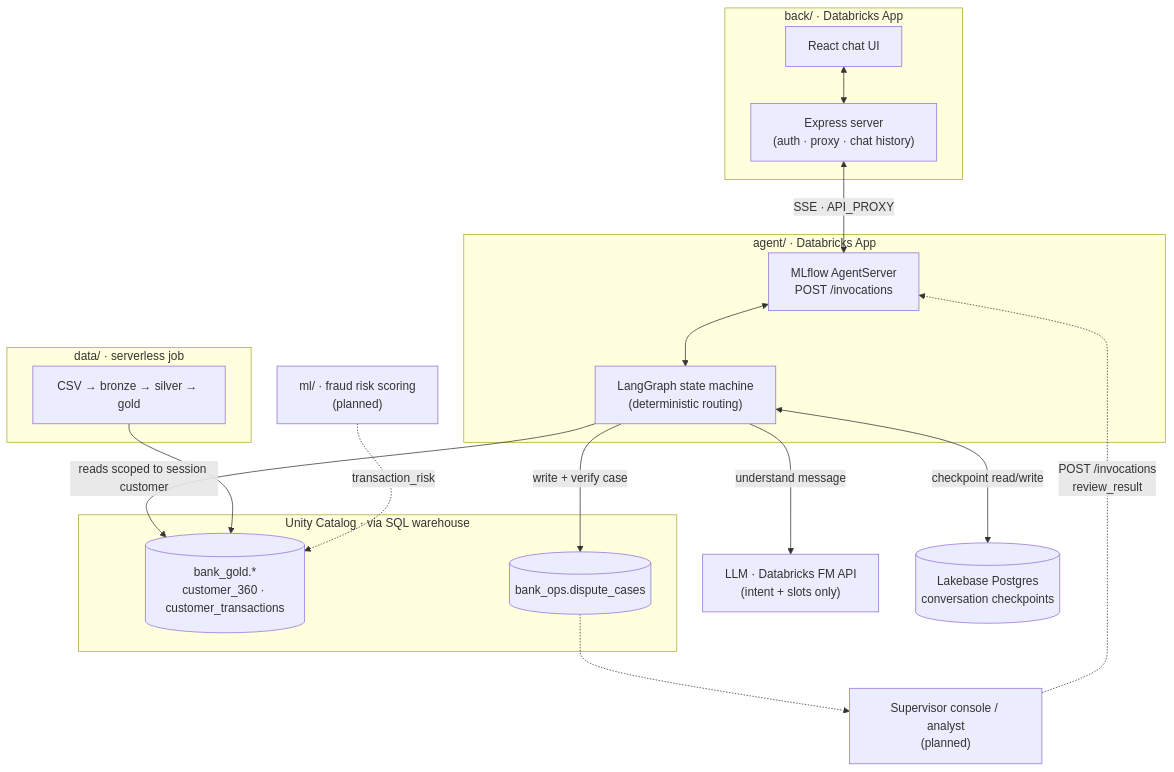
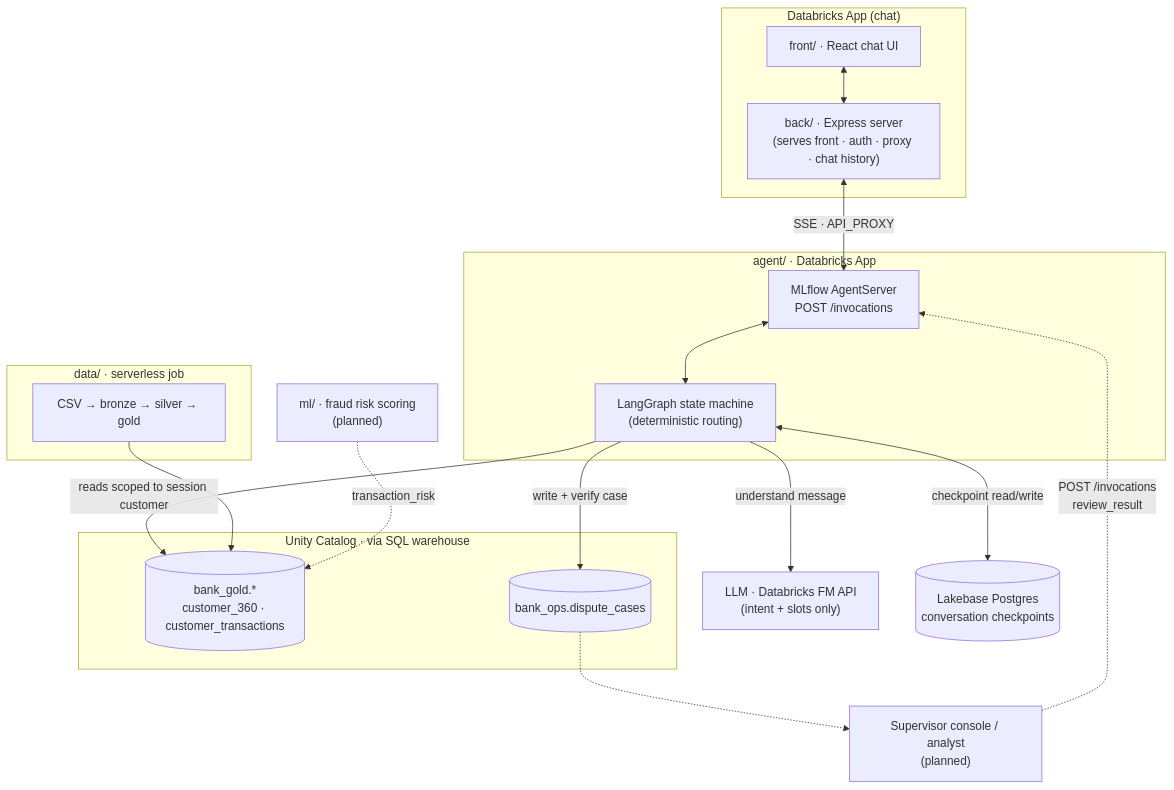
One commit to pqbas/factored-hackathon-2026-zenit changed the diagram in README.md. Above: the diagram before and after it, drawn with Mermaid. The commit also changed other lines of this file and 90 other files, not shown here.

First line of the commit message:
Split chat into front/ (React UI) and back/ (Express server)

````diff
--- a/README.md
+++ b/README.md
@@ -7,34 +7,34 @@
 ```mermaid
 flowchart TB
-    subgraph BACK["back/ · Databricks App"]
-        UI["React chat UI"]
-        EX["Express server<br/>(auth · proxy · chat history)"]
+    subgraph WEB["Databricks App (chat)"]
+        UI["front/ · React chat UI"]
+        EX["back/ · Express server<br/>(serves front · auth · proxy · chat history)"]
     end
     subgraph AGENT["agent/ · Databricks App"]
         AS["MLflow AgentServer<br/>POST /invocations"]
         LG["LangGraph state machine<br/>(deterministic routing)"]
     end
     LLM["LLM · Databricks FM API<br/>(intent + slots only)"]
     LB[("Lakebase Postgres<br/>conversation checkpoints")]
     subgraph UC["Unity Catalog · via SQL warehouse"]
         GOLD[("bank_gold.*<br/>customer_360 · customer_transactions")]
         OPS[("bank_ops.dispute_cases")]
     end
     subgraph DATA["data/ · serverless job"]
         PIPE["CSV → bronze → silver → gold"]
     end
     ML["ml/ · fraud risk scoring<br/>(planned)"]
     SUP["Supervisor console / analyst<br/>(planned)"]
 
     UI <--> EX
     EX <-->|SSE · API_PROXY| AS
     AS <--> LG
     LG -->|understand message| LLM
     LG <-->|checkpoint read/write| LB
     LG -->|reads scoped to session customer| GOLD
     LG -->|write + verify case| OPS
     PIPE --> GOLD
     ML -.->|transaction_risk| GOLD
     OPS -.-> SUP
     SUP -.->|"POST /invocations<br/>review_result"| AS
 ```
````
